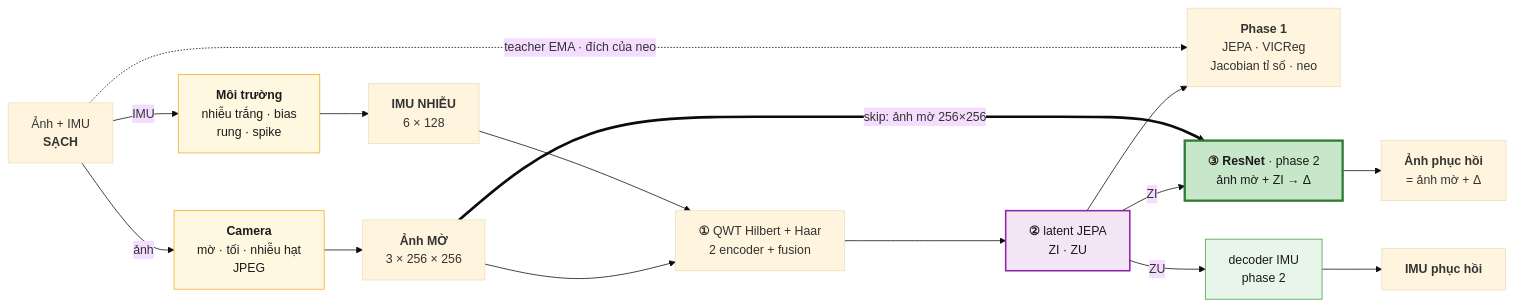
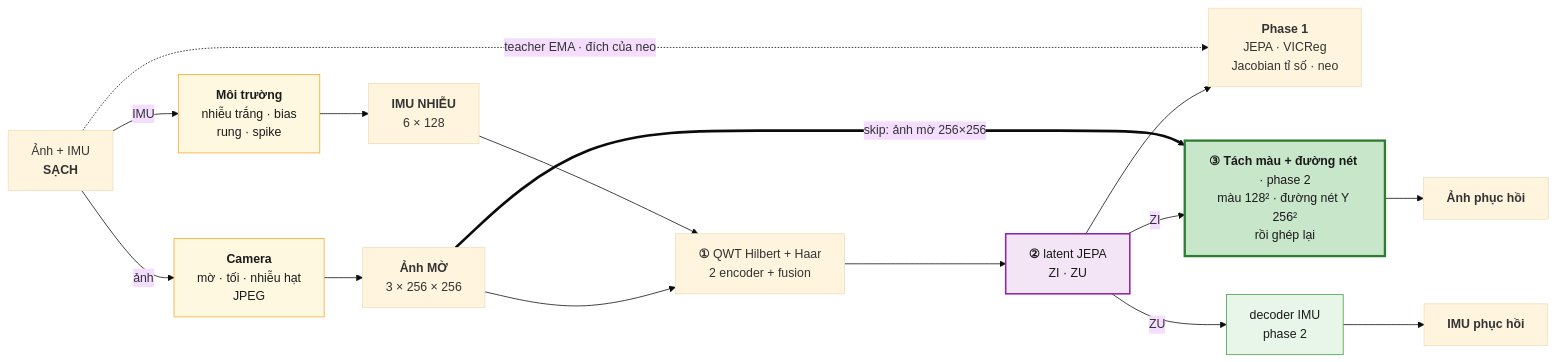
One commit to leesanghyoek/qwt_jepa_ver3 changed the first of 5 diagrams in README.md. Above: the diagram before and after it, drawn with Mermaid (base theme). The commit also changed other lines of this file and 14 other files, not shown here.

````diff
--- a/README.md
+++ b/README.md
@@ -153,33 +201,33 @@
 ```mermaid
 flowchart LR
     CL["Ảnh + IMU<br/><b>SẠCH</b>"]
     CAM["<b>Camera</b><br/>mờ · tối · nhiễu hạt<br/>JPEG"]
     ENV["<b>Môi trường</b><br/>nhiễu trắng · bias<br/>rung · spike"]
     XB["<b>Ảnh MỜ</b><br/>3 × 256 × 256"]
     UN["<b>IMU NHIỄU</b><br/>6 × 128"]
     BB["<b>①</b> QWT Hilbert + Haar<br/>2 encoder + fusion"]
     Z["<b>②</b> latent JEPA<br/>ZI · ZU"]
     L1["<b>Phase 1</b><br/>JEPA · VICReg<br/>Jacobian tỉ số · neo"]
-    RN["<b>③ ResNet</b> · phase 2<br/>ảnh mờ + ZI → Δ"]
+    RN["<b>③ Tách màu + đường nét</b> · phase 2<br/>màu 128² · đường nét Y 256²<br/>rồi ghép lại"]
     DU["decoder IMU<br/>phase 2"]
-    RI["<b>Ảnh phục hồi</b><br/>= ảnh mờ + Δ"]
+    RI["<b>Ảnh phục hồi</b>"]
     RU["<b>IMU phục hồi</b>"]
     CL -- ảnh --> CAM --> XB
     CL -- IMU --> ENV --> UN
     XB --> BB
     UN --> BB
     BB --> Z --> L1
     Z -- ZI --> RN
     XB == "skip: ảnh mờ 256×256" ==> RN
     RN --> RI
     Z -- ZU --> DU --> RU
     CL -. "teacher EMA · đích của neo" .-> L1
     classDef d fill:#e8f5e9,stroke:#43a047,color:#1a1a1a
     classDef c fill:#fff8e1,stroke:#f9a825,color:#1a1a1a
     classDef l fill:#f3e5f5,stroke:#8e24aa,stroke-width:2px,color:#1a1a1a
     classDef r fill:#c8e6c9,stroke:#2e7d32,stroke-width:3px,color:#1a1a1a
     class CAM,ENV c
     class Z l
     class RN r
     class DU d
 ```
````
